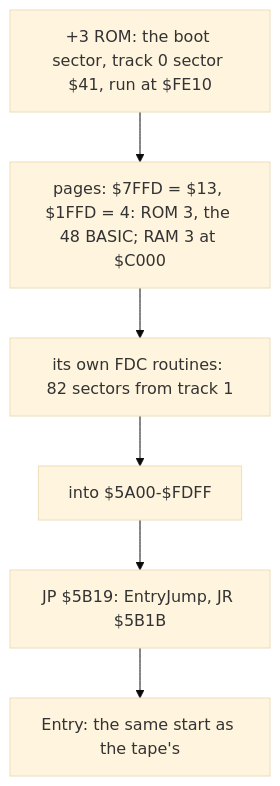
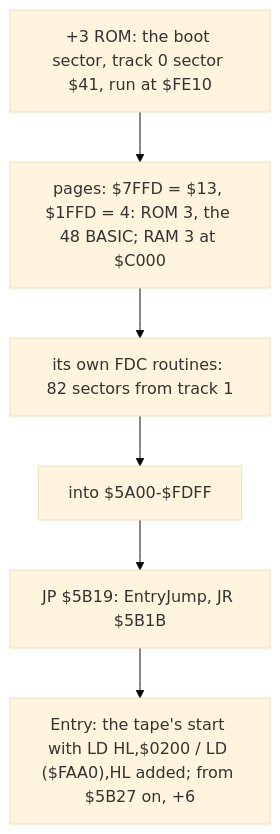
One commit to alfishe/unrealng-reverse-cases changed the third of 3 diagrams in games/simcity/docs/02-architecture.md. Above: the diagram before and after it, drawn with Mermaid (base theme). The commit also changed other lines of this file and 40 other files, not shown here.

````diff
--- a/games/simcity/docs/02-architecture.md
+++ b/games/simcity/docs/02-architecture.md
@@ -301,8 +321,8 @@
 ```mermaid
 flowchart TD
     A["+3 ROM: the boot sector, track 0 sector $41, run at $FE10"] --> B["pages: $7FFD = $13, $1FFD = 4: ROM 3, the 48 BASIC; RAM 3 at $C000"]
     B --> C["its own FDC routines: 82 sectors from track 1"]
     C --> D["into $5A00-$FDFF"]
     D --> E["JP $5B19: EntryJump, JR $5B1B"]
-    E --> F["Entry: the same start as the tape's"]
+    E --> F["Entry: the tape's start with LD HL,$0200 / LD ($FAA0),HL added; from $5B27 on, +6"]
 ```
````
